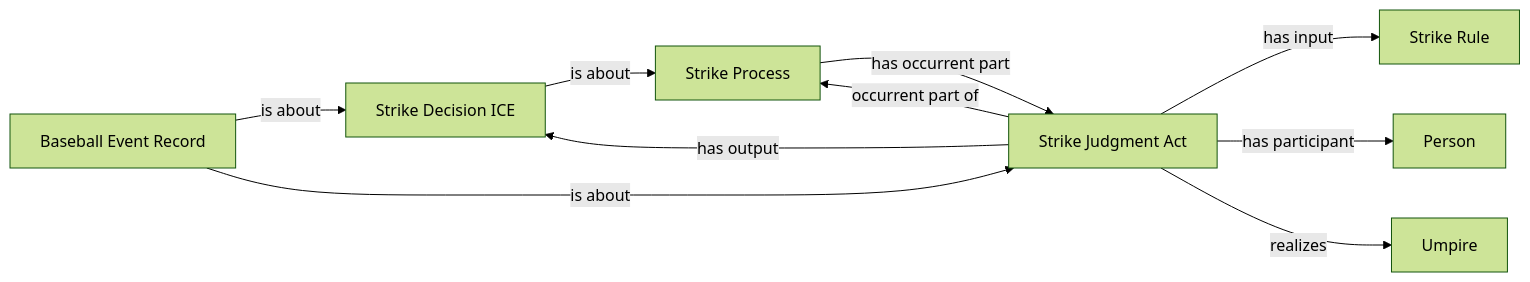
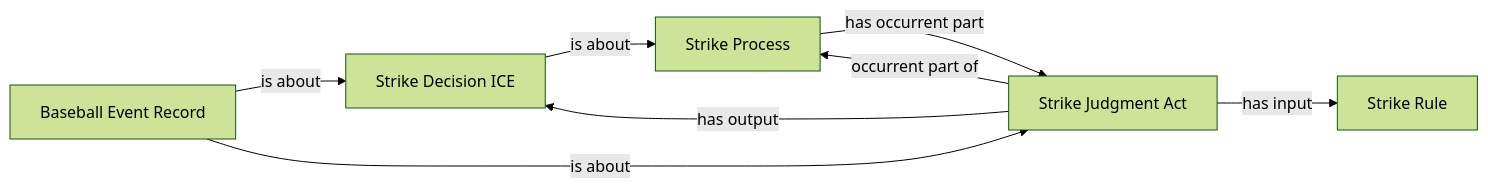
Before and after one commit to CarterBeauBenson/BaseballO: the diagram in Baseball/mermaid/patterns/ontology/13-strike-adjudication.md, drawn with Mermaid (forest theme). The commit also changed other lines of this file and 152 other files, not shown here.

````diff
--- a/Baseball/mermaid/patterns/ontology/13-strike-adjudication.md
+++ b/Baseball/mermaid/patterns/ontology/13-strike-adjudication.md
@@ -10,19 +10,15 @@
 ```mermaid
 flowchart LR
     N01["Strike Rule"]
     N02["Strike Decision ICE"]
-    N03["Baseball Event Record"]
-    N04["Strike Judgment Act"]
+    N03["Strike Judgment Act"]
+    N04["Baseball Event Record"]
     N05["Strike Process"]
-    N06["Person"]
-    N07["Umpire"]
     N02 -->|is about| N05
-    N03 -->|is about| N02
-    N03 -->|is about| N04
-    N04 -->|has input| N01
-    N04 -->|has output| N02
-    N04 -->|has participant| N06
-    N04 -->|occurrent part of| N05
-    N04 -->|realizes| N07
-    N05 -->|has occurrent part| N04
+    N03 -->|has input| N01
+    N03 -->|has output| N02
+    N03 -->|occurrent part of| N05
+    N04 -->|is about| N02
+    N04 -->|is about| N03
+    N05 -->|has occurrent part| N03
 ```
````
